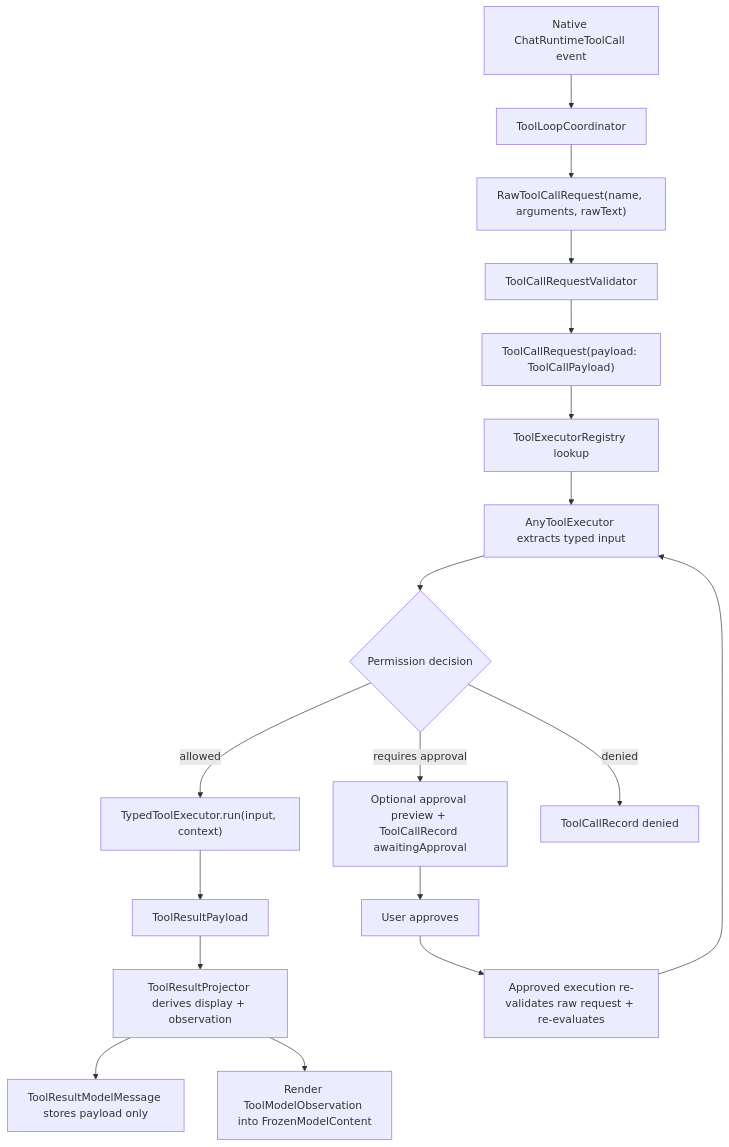
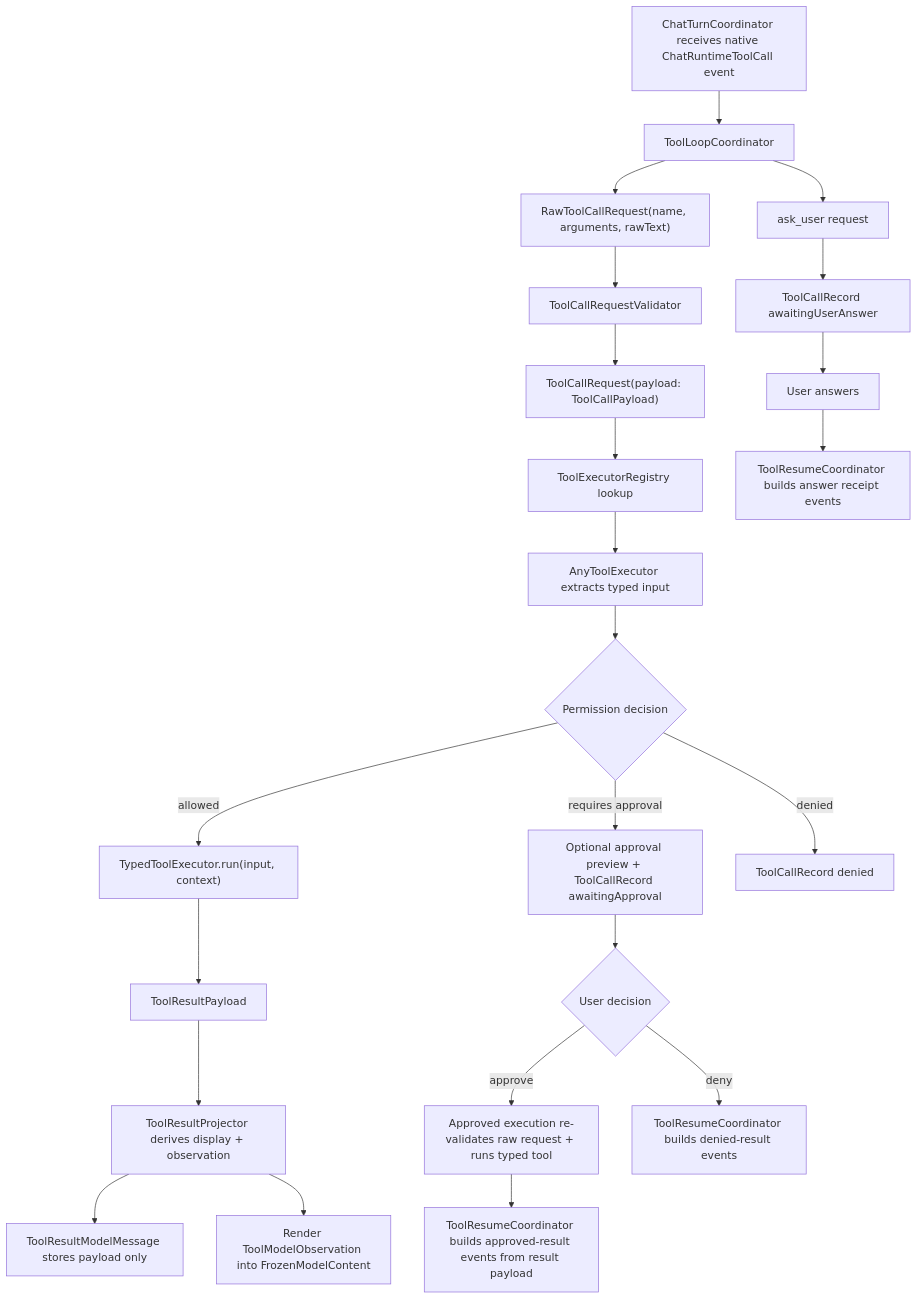
One commit to ngutech21/sumika-chat changed the diagram in docs/tool-runtime.md. Above: the diagram before and after it, drawn with Mermaid. The commit also changed other lines of this file and 10 other files, not shown here.

Commit message:
refactor: move chat turn loop into coordinator

````diff
--- a/docs/tool-runtime.md
+++ b/docs/tool-runtime.md
@@ -10,20 +10,25 @@
 ```mermaid
 flowchart TD
-  A["Native ChatRuntimeToolCall event"] --> B["ToolLoopCoordinator"]
+  A["ChatTurnCoordinator receives native ChatRuntimeToolCall event"] --> B["ToolLoopCoordinator"]
   B --> C["RawToolCallRequest(name, arguments, rawText)"]
   C --> D["ToolCallRequestValidator"]
   D --> E["ToolCallRequest(payload: ToolCallPayload)"]
   E --> F["ToolExecutorRegistry lookup"]
   F --> G["AnyToolExecutor extracts typed input"]
   G --> H{"Permission decision"}
   H -- "allowed" --> I["TypedToolExecutor.run(input, context)"]
   H -- "requires approval" --> J["Optional approval preview + ToolCallRecord awaitingApproval"]
   H -- "denied" --> K["ToolCallRecord denied"]
   I --> L["ToolResultPayload"]
   L --> O["ToolResultProjector derives display + observation"]
   O --> P["ToolResultModelMessage stores payload only"]
   O --> Q["Render ToolModelObservation into FrozenModelContent"]
-  J --> M["User approves"]
-  M --> N["Approved execution re-validates raw request + re-evaluates"]
-  N --> G
+  J --> M{"User decision"}
+  M -- "approve" --> N["Approved execution re-validates raw request + runs typed tool"]
+  N --> R["ToolResumeCoordinator builds approved-result events from result payload"]
+  M -- "deny" --> S["ToolResumeCoordinator builds denied-result events"]
+  B --> T["ask_user request"]
+  T --> U["ToolCallRecord awaitingUserAnswer"]
+  U --> V["User answers"]
+  V --> W["ToolResumeCoordinator builds answer receipt events"]
 ```
````
